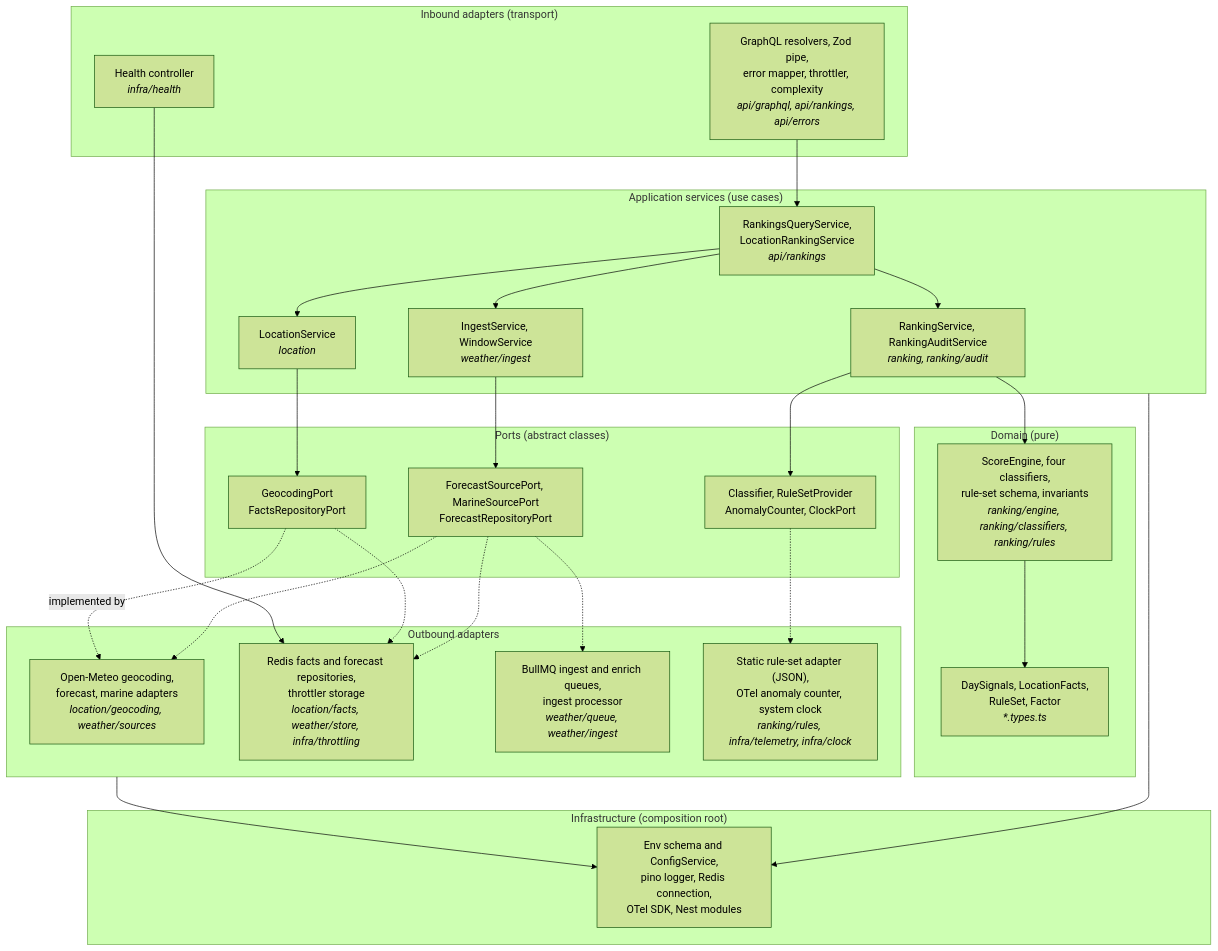
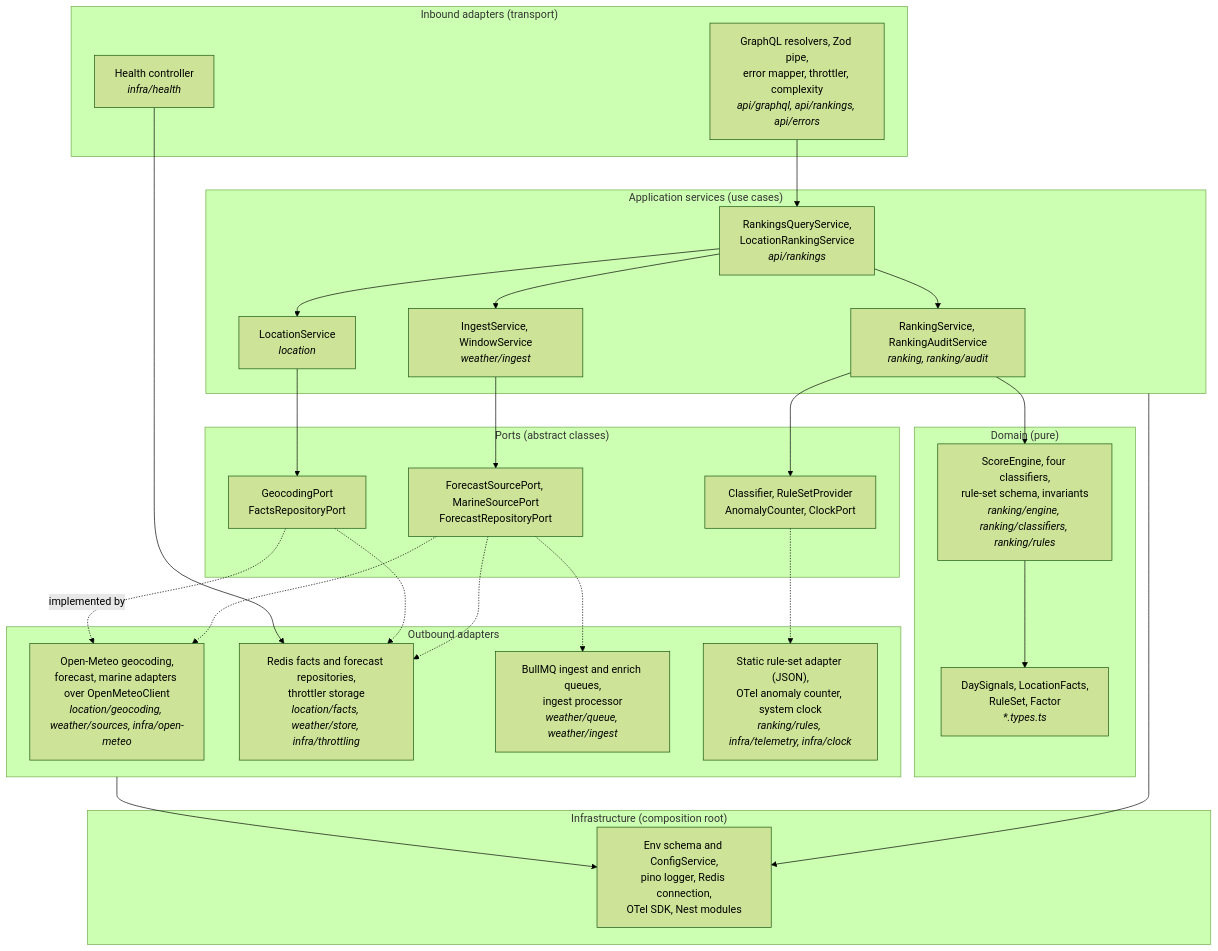
Before and after one commit to tusmenko/collinson-activity-recommendation-service: the first of 2 diagrams in docs/ACTIVITY_RANKING_LAYERS.md, drawn with Mermaid (forest theme). The commit also changed other lines of this file and 43 other files, not shown here.

First line of the commit message:
refactor(infra): OpenMeteoClient with typed endpoints; Location.rankings nullable

````diff
--- a/docs/ACTIVITY_RANKING_LAYERS.md
+++ b/docs/ACTIVITY_RANKING_LAYERS.md
@@ -9,49 +9,49 @@
 ```mermaid
 flowchart TB
   subgraph IN["Inbound adapters (transport)"]
     GQL["GraphQL resolvers, Zod pipe,<br/>error mapper, throttler, complexity<br/><i>api/graphql, api/rankings, api/errors</i>"]
     HEALTH["Health controller<br/><i>infra/health</i>"]
   end
   subgraph APP["Application services (use cases)"]
     RQS["RankingsQueryService,<br/>LocationRankingService<br/><i>api/rankings</i>"]
     LOC["LocationService<br/><i>location</i>"]
     ING["IngestService, WindowService<br/><i>weather/ingest</i>"]
     RANK["RankingService, RankingAuditService<br/><i>ranking, ranking/audit</i>"]
   end
   subgraph DOM["Domain (pure)"]
     ENG["ScoreEngine, four classifiers,<br/>rule-set schema, invariants<br/><i>ranking/engine, ranking/classifiers, ranking/rules</i>"]
     TYPES["DaySignals, LocationFacts,<br/>RuleSet, Factor<br/><i>*.types.ts</i>"]
   end
   subgraph PORTS["Ports (abstract classes)"]
     P1["GeocodingPort<br/>FactsRepositoryPort"]
     P2["ForecastSourcePort, MarineSourcePort<br/>ForecastRepositoryPort"]
     P3["Classifier, RuleSetProvider<br/>AnomalyCounter, ClockPort"]
   end
   subgraph OUT["Outbound adapters"]
-    OM["Open-Meteo geocoding,<br/>forecast, marine adapters<br/><i>location/geocoding, weather/sources</i>"]
+    OM["Open-Meteo geocoding,<br/>forecast, marine adapters over OpenMeteoClient<br/><i>location/geocoding, weather/sources, infra/open-meteo</i>"]
     REDIS["Redis facts and forecast repositories,<br/>throttler storage<br/><i>location/facts, weather/store, infra/throttling</i>"]
     BULL["BullMQ ingest and enrich queues,<br/>ingest processor<br/><i>weather/queue, weather/ingest</i>"]
     MISC["Static rule-set adapter (JSON),<br/>OTel anomaly counter, system clock<br/><i>ranking/rules, infra/telemetry, infra/clock</i>"]
   end
   subgraph INFRA["Infrastructure (composition root)"]
     CFG["Env schema and ConfigService,<br/>pino logger, Redis connection,<br/>OTel SDK, Nest modules"]
   end
   GQL --> RQS
   HEALTH --> REDIS
   RQS --> LOC
   RQS --> ING
   RQS --> RANK
   LOC --> P1
   ING --> P2
   RANK --> ENG
   RANK --> P3
   ENG --> TYPES
   P1 -.implemented by.-> OM
   P1 -.-> REDIS
   P2 -.-> OM
   P2 -.-> REDIS
   P2 -.-> BULL
   P3 -.-> MISC
   OUT --> CFG
   APP --> CFG
 ```
````
